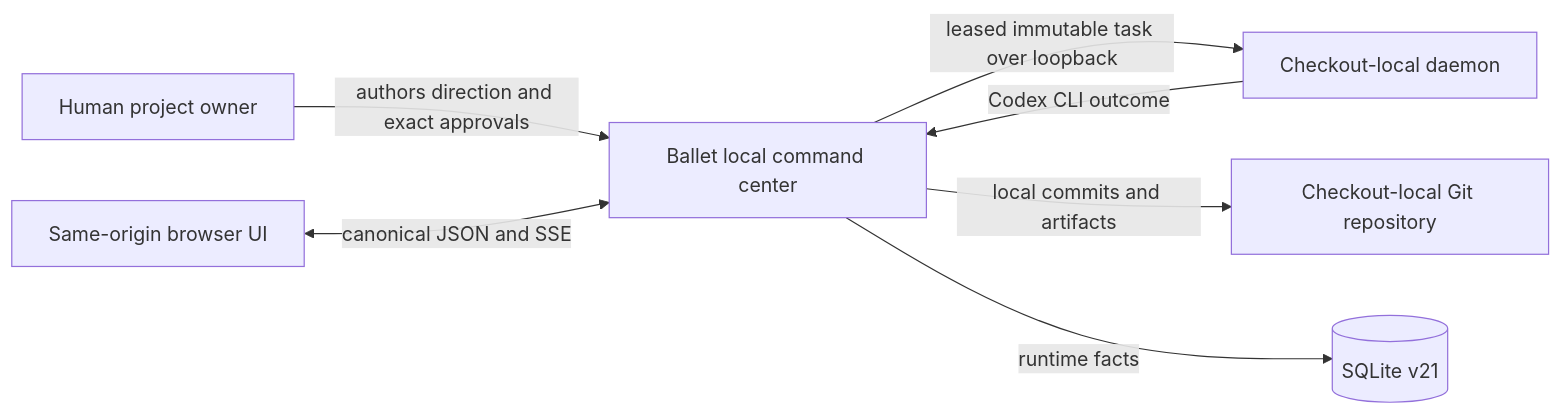
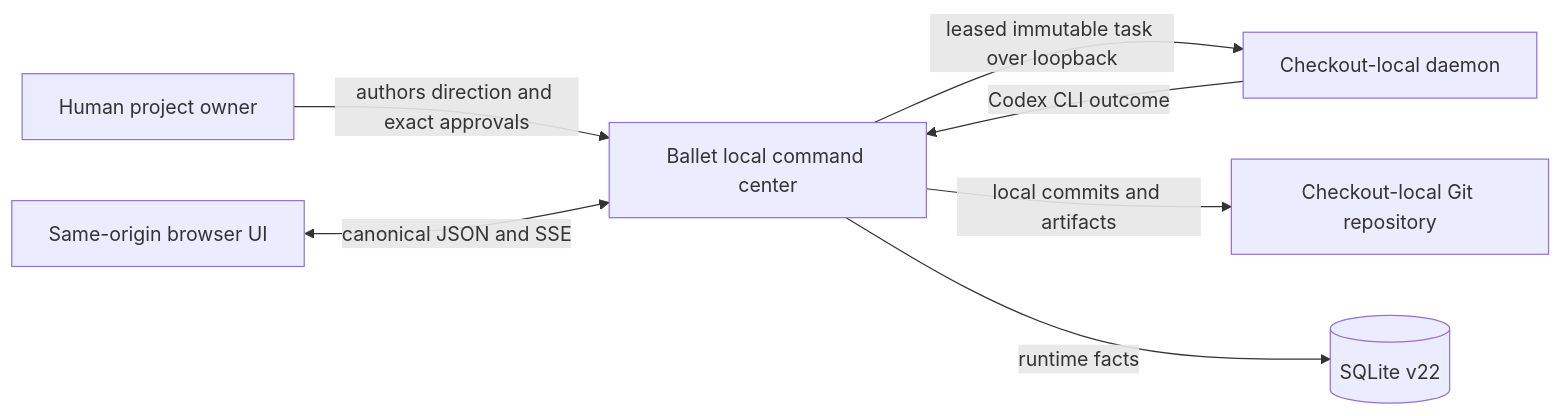
The first of 6 diagrams in ARCHITECTURE.md (isinisalo/ballet), drawn with Mermaid before and after one commit. The commit also changed other lines of this file and 87 other files, not shown here.

````diff
--- a/ARCHITECTURE.md
+++ b/ARCHITECTURE.md
@@ -34,9 +34,9 @@
 ```mermaid
 flowchart LR
   Human[Human project owner] -->|authors direction and exact approvals| Ballet[Ballet local command center]
   Ballet -->|leased immutable task over loopback| Daemon[Checkout-local daemon]
   Daemon -->|Codex CLI outcome| Ballet
   Ballet -->|local commits and artifacts| Git[Checkout-local Git repository]
-  Ballet -->|runtime facts| DB[(SQLite v21)]
+  Ballet -->|runtime facts| DB[(SQLite v22)]
   Browser[Same-origin browser UI] <-->|canonical JSON and SSE| Ballet
 ```
````
